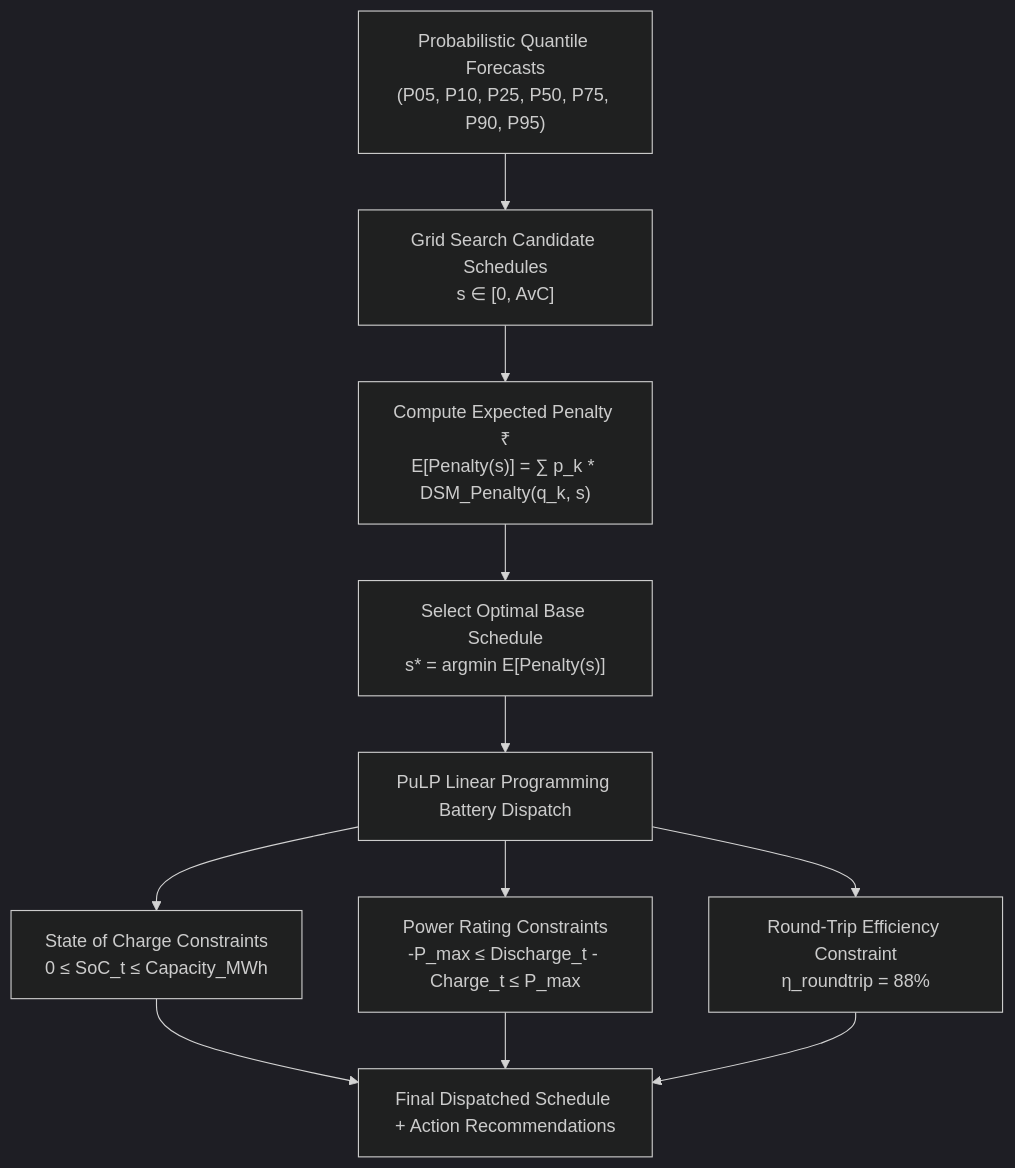
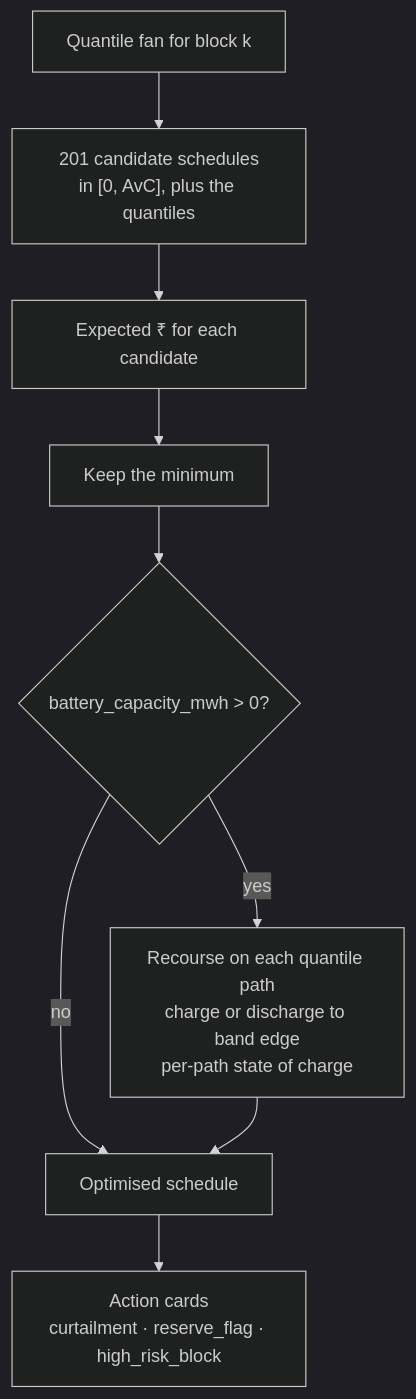
One commit to Meetvirugama/AI-Powered-Renewable-Generation-Forecasting-Platform changed the fifth of 11 diagrams in docs/system_architecture.md. Above: the diagram before and after it, drawn with Mermaid (dark theme). The commit also changed other lines of this file and 17 other files, not shown here.

````diff
--- a/docs/system_architecture.md
+++ b/docs/system_architecture.md
@@ -266,11 +290,11 @@
 ```mermaid
-graph TD
-    A["Probabilistic Quantile Forecasts<br/>(P05, P10, P25, P50, P75, P90, P95)"] --> B["Grid Search Candidate Schedules<br/>s ∈ [0, AvC]"]
-    B --> C["Compute Expected Penalty ₹<br/>E[Penalty(s)] = ∑ p_k * DSM_Penalty(q_k, s)"]
-    C --> D["Select Optimal Base Schedule<br/>s* = argmin E[Penalty(s)]"]
-    D --> E["PuLP Linear Programming Battery Dispatch"]
-    E --> F["State of Charge Constraints<br/>0 ≤ SoC_t ≤ Capacity_MWh"]
-    E --> G["Power Rating Constraints<br/>-P_max ≤ Discharge_t - Charge_t ≤ P_max"]
-    E --> H["Round-Trip Efficiency Constraint<br/>η_roundtrip = 88%"]
-    F & G & H --> I["Final Dispatched Schedule + Action Recommendations"]
+flowchart TD
+    F["Quantile fan for block k"] --> G["201 candidate schedules<br/>in [0, AvC], plus the quantiles"]
+    G --> E["Expected ₹ for each candidate"]
+    E --> S["Keep the minimum"]
+    S --> B{"battery_capacity_mwh > 0?"}
+    B -- no --> OUT["Optimised schedule"]
+    B -- yes --> RC["Recourse on each quantile path<br/>charge or discharge to band edge<br/>per-path state of charge"]
+    RC --> OUT
+    OUT --> AC["Action cards<br/>curtailment · reserve_flag · high_risk_block"]
 ```
````
